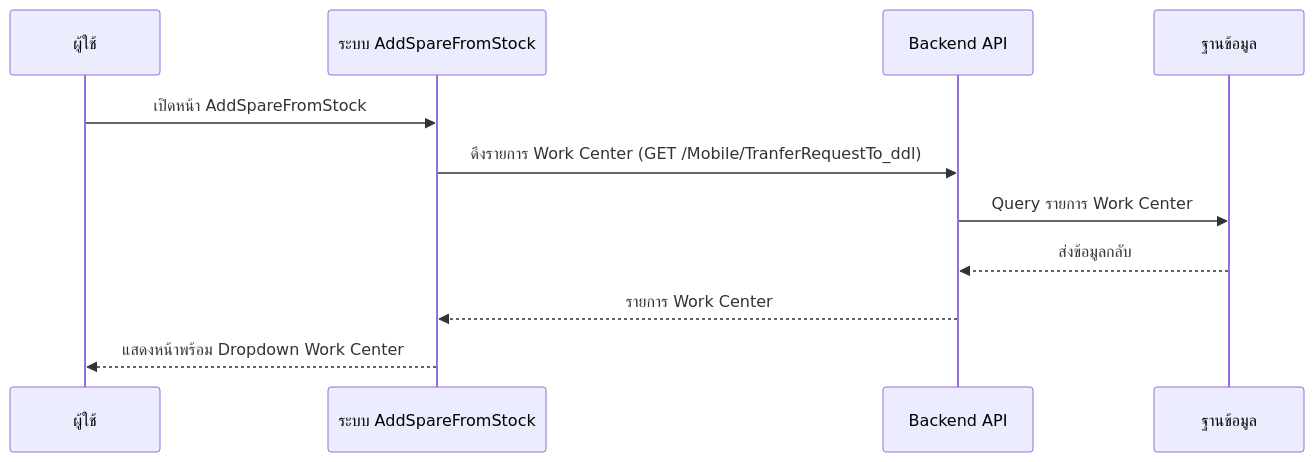
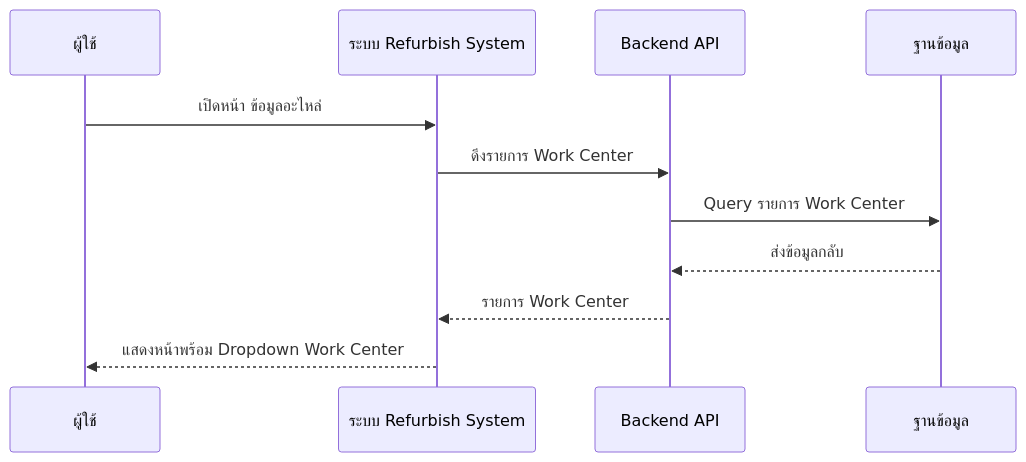
Before and after one commit to akkdach/pro-iot-mobile: the first of 4 diagrams in docs/AddSpareFromStock_SequenceDiagram.md, drawn with Mermaid. The commit also changed other lines of this file and 10 other files, not shown here.

````diff
--- a/docs/AddSpareFromStock_SequenceDiagram.md
+++ b/docs/AddSpareFromStock_SequenceDiagram.md
@@ -5,14 +5,14 @@
 ```mermaid
 sequenceDiagram
     participant U as ผู้ใช้
-    participant AS as ระบบ AddSpareFromStock
+    participant AS as ระบบ Refurbish System
     participant API as Backend API
     participant DB as ฐานข้อมูล
 
-    U->>AS: เปิดหน้า AddSpareFromStock
-    AS->>API: ดึงรายการ Work Center (GET /Mobile/TranferRequestTo_ddl)
+    U->>AS: เปิดหน้า ข้อมูลอะไหล่
+    AS->>API: ดึงรายการ Work Center
     API->>DB: Query รายการ Work Center
     DB-->>API: ส่งข้อมูลกลับ
     API-->>AS: รายการ Work Center
     AS-->>U: แสดงหน้าพร้อม Dropdown Work Center
 ```
````
